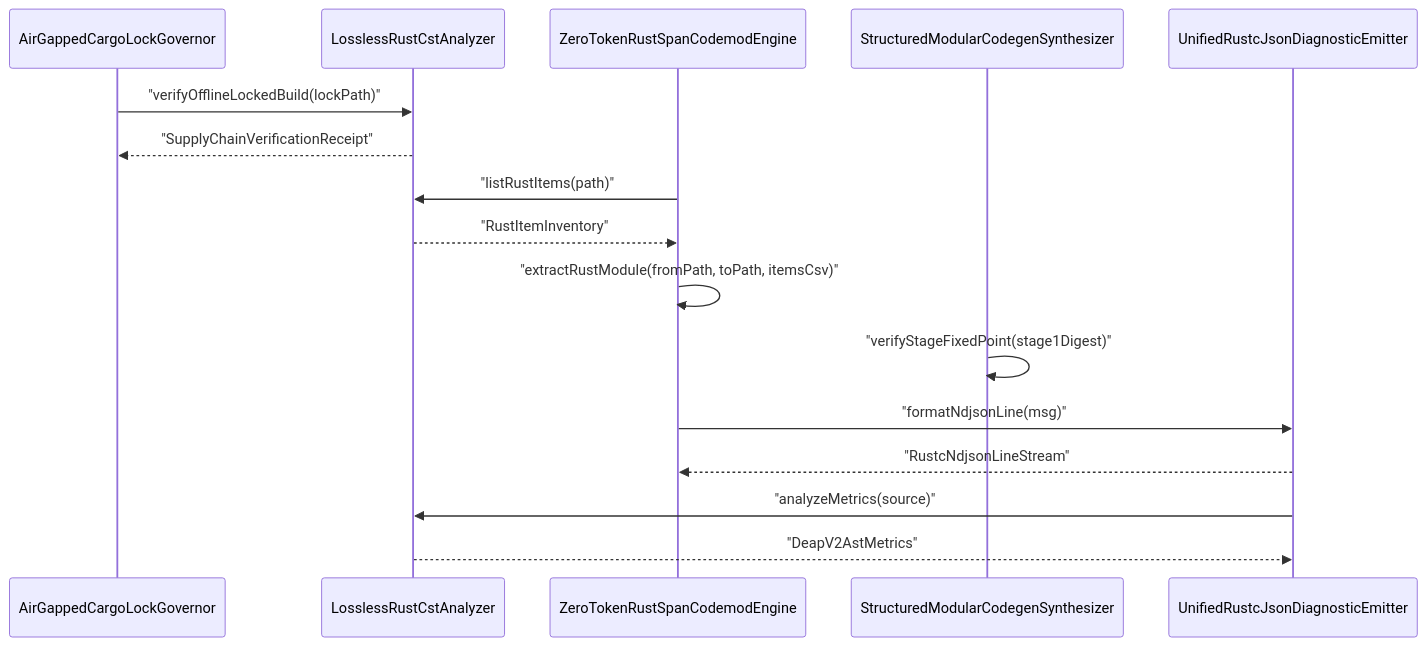
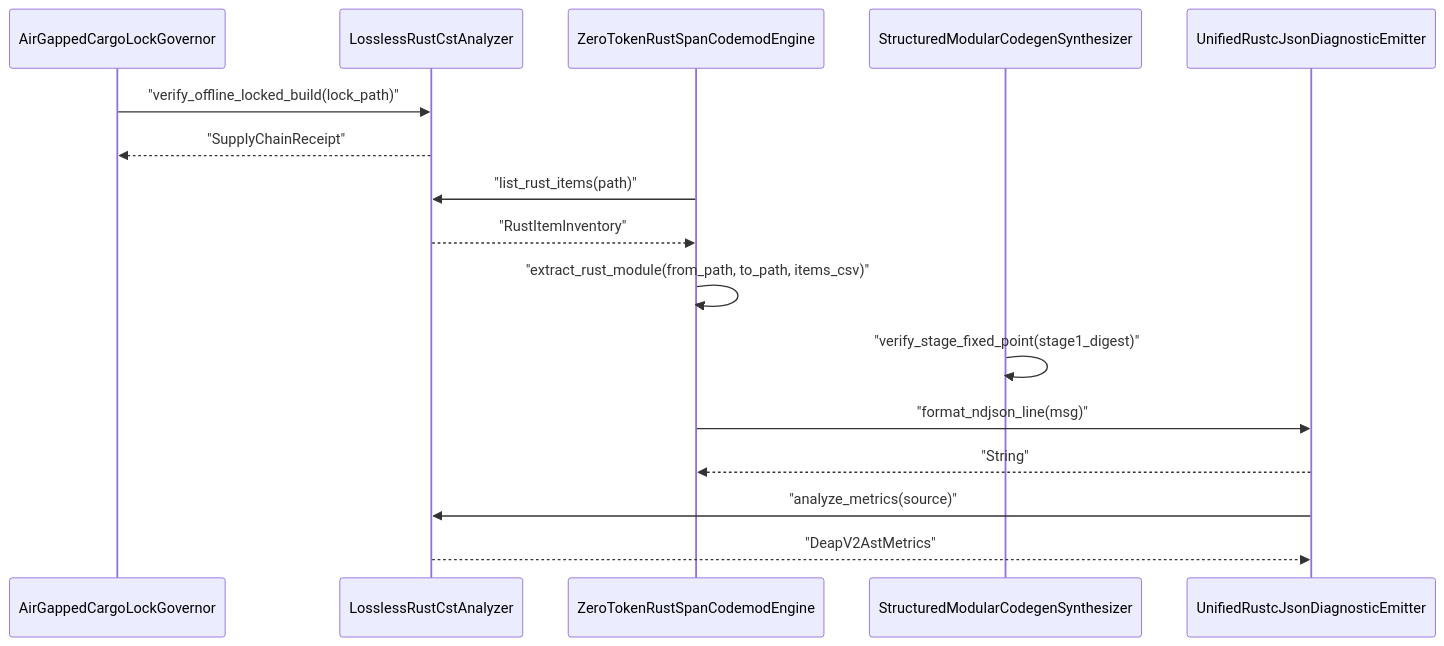
The fourth of 4 diagrams in docs/designs/blueprint-08-rust-analyzer-cst-refactoring-and-json-diagnostics.md (gintatkinson/DEAP01-spec-core), drawn with Mermaid before and after one commit. The commit also changed other lines of this file and 2 other files, not shown here.

Commit message:
docs(blueprints): refactor BP-08 onto ra_ap_syntax CST codemods and NDJSON diagnostics

````diff
--- a/docs/designs/blueprint-08-rust-analyzer-cst-refactoring-and-json-diagnostics.md
+++ b/docs/designs/blueprint-08-rust-analyzer-cst-refactoring-and-json-diagnostics.md
@@ -187,19 +222,19 @@
 ```mermaid
 sequenceDiagram
     participant AirGappedCargoLockGovernor
     participant LosslessRustCstAnalyzer
     participant ZeroTokenRustSpanCodemodEngine
     participant StructuredModularCodegenSynthesizer
     participant UnifiedRustcJsonDiagnosticEmitter
 
-    AirGappedCargoLockGovernor->>LosslessRustCstAnalyzer: "verifyOfflineLockedBuild(lockPath)"
-    LosslessRustCstAnalyzer-->>AirGappedCargoLockGovernor: "SupplyChainVerificationReceipt"
-    ZeroTokenRustSpanCodemodEngine->>LosslessRustCstAnalyzer: "listRustItems(path)"
+    AirGappedCargoLockGovernor->>LosslessRustCstAnalyzer: "verify_offline_locked_build(lock_path)"
+    LosslessRustCstAnalyzer-->>AirGappedCargoLockGovernor: "SupplyChainReceipt"
+    ZeroTokenRustSpanCodemodEngine->>LosslessRustCstAnalyzer: "list_rust_items(path)"
     LosslessRustCstAnalyzer-->>ZeroTokenRustSpanCodemodEngine: "RustItemInventory"
-    ZeroTokenRustSpanCodemodEngine->>ZeroTokenRustSpanCodemodEngine: "extractRustModule(fromPath, toPath, itemsCsv)"
-    StructuredModularCodegenSynthesizer->>StructuredModularCodegenSynthesizer: "verifyStageFixedPoint(stage1Digest)"
-    ZeroTokenRustSpanCodemodEngine->>UnifiedRustcJsonDiagnosticEmitter: "formatNdjsonLine(msg)"
-    UnifiedRustcJsonDiagnosticEmitter-->>ZeroTokenRustSpanCodemodEngine: "RustcNdjsonLineStream"
-    UnifiedRustcJsonDiagnosticEmitter->>LosslessRustCstAnalyzer: "analyzeMetrics(source)"
+    ZeroTokenRustSpanCodemodEngine->>ZeroTokenRustSpanCodemodEngine: "extract_rust_module(from_path, to_path, items_csv)"
+    StructuredModularCodegenSynthesizer->>StructuredModularCodegenSynthesizer: "verify_stage_fixed_point(stage1_digest)"
+    ZeroTokenRustSpanCodemodEngine->>UnifiedRustcJsonDiagnosticEmitter: "format_ndjson_line(msg)"
+    UnifiedRustcJsonDiagnosticEmitter-->>ZeroTokenRustSpanCodemodEngine: "String"
+    UnifiedRustcJsonDiagnosticEmitter->>LosslessRustCstAnalyzer: "analyze_metrics(source)"
     LosslessRustCstAnalyzer-->>UnifiedRustcJsonDiagnosticEmitter: "DeapV2AstMetrics"
 ```
````
